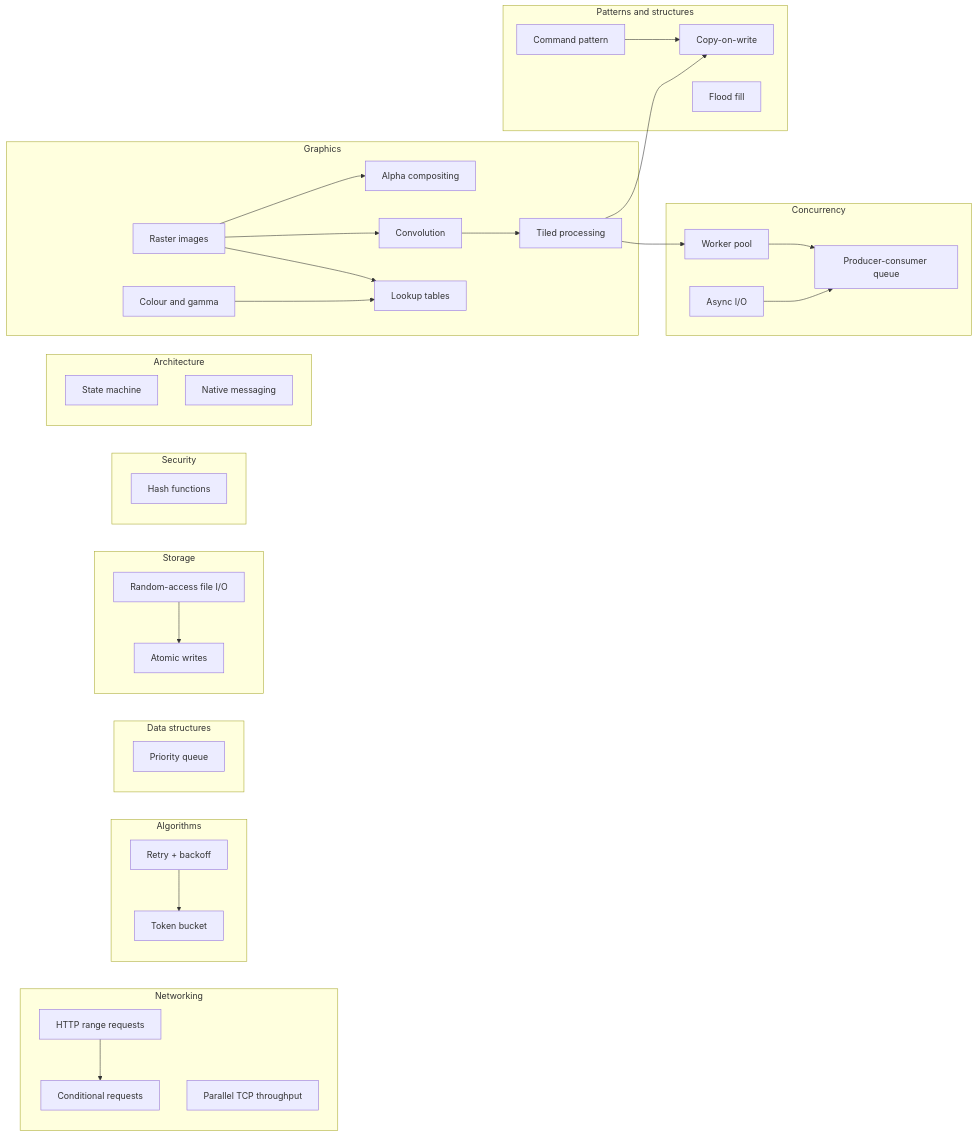
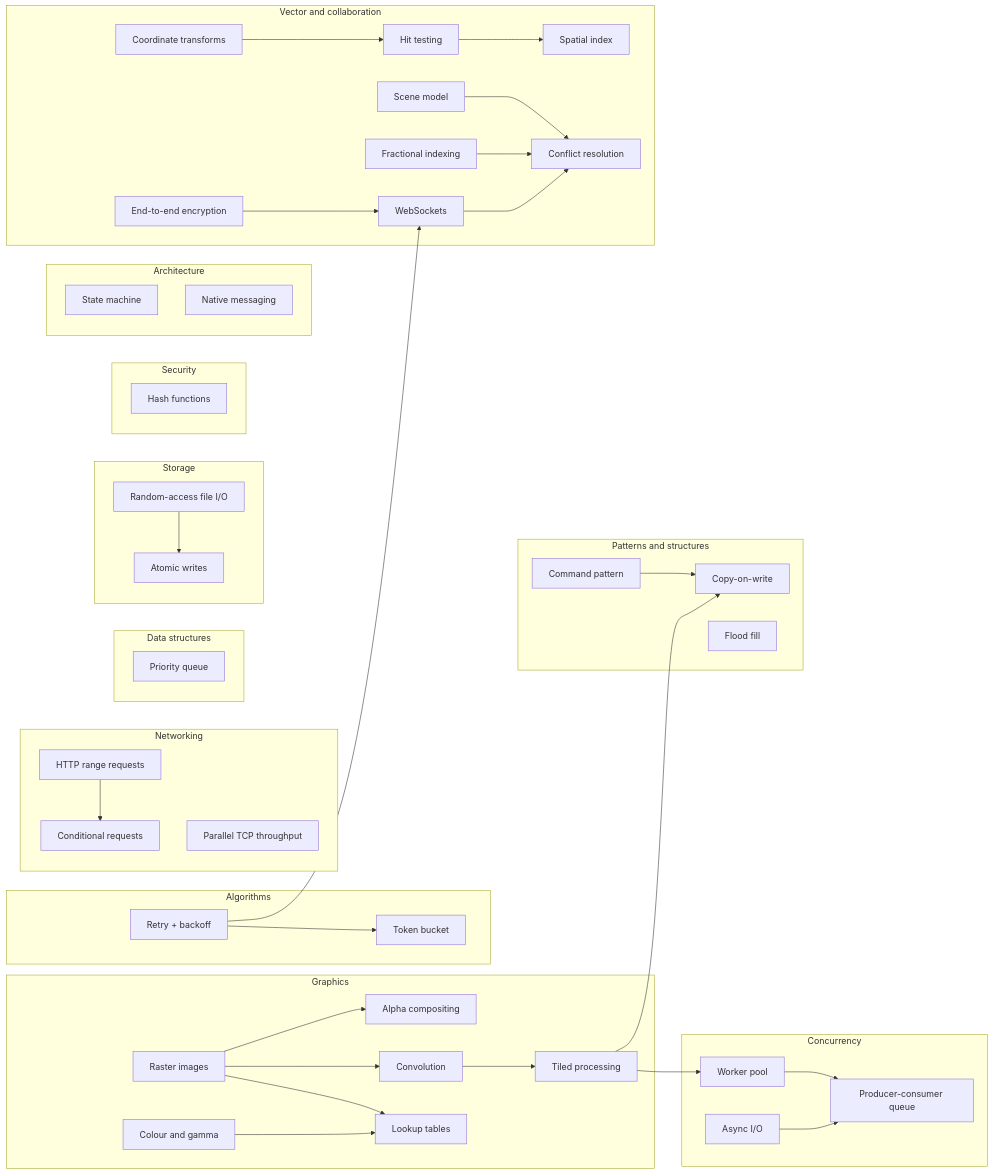
Before and after one commit to Fatalshears/GlitchGallery: the diagram in content/concepts/index.md, drawn with Mermaid. The commit also changed other lines of this file and 49 other files, not shown here.

````diff
--- a/content/concepts/index.md
+++ b/content/concepts/index.md
@@ -8,55 +8,71 @@
 ```mermaid
 flowchart LR
   subgraph Networking
     RR[HTTP range requests]
     CR[Conditional requests]
     TCP[Parallel TCP throughput]
   end
   subgraph Concurrency
     WP[Worker pool]
     PC[Producer-consumer queue]
     AIO[Async I/O]
   end
   subgraph Algorithms
     TB[Token bucket]
     RB[Retry + backoff]
   end
   subgraph "Data structures"
     PQ[Priority queue]
   end
   subgraph Storage
     RA[Random-access file I/O]
     AW[Atomic writes]
   end
   subgraph Security
     H[Hash functions]
   end
   subgraph Architecture
     FSM[State machine]
     NM[Native messaging]
   end
   RR --> CR
   WP --> PC
   AIO --> PC
   RA --> AW
   RB --> TB
   subgraph Graphics
     RI[Raster images]
     CG[Colour and gamma]
     AC[Alpha compositing]
     CK[Convolution]
     LUT[Lookup tables]
     TI[Tiled processing]
   end
   subgraph Patterns["Patterns and structures"]
     CP[Command pattern]
     COW[Copy-on-write]
     FF[Flood fill]
   end
   RI --> AC & CK & LUT
   CG --> LUT
   CK --> TI
   TI --> WP
   CP --> COW
   TI --> COW
+  subgraph Collaboration["Vector and collaboration"]
+    VS[Scene model]
+    CT[Coordinate transforms]
+    HT[Hit testing]
+    SX[Spatial index]
+    FI[Fractional indexing]
+    CF[Conflict resolution]
+    WSK[WebSockets]
+    E2E[End-to-end encryption]
+  end
+  CT --> HT --> SX
+  VS --> CF
+  FI --> CF
+  WSK --> CF
+  E2E --> WSK
+  RB --> WSK
 ```
````
